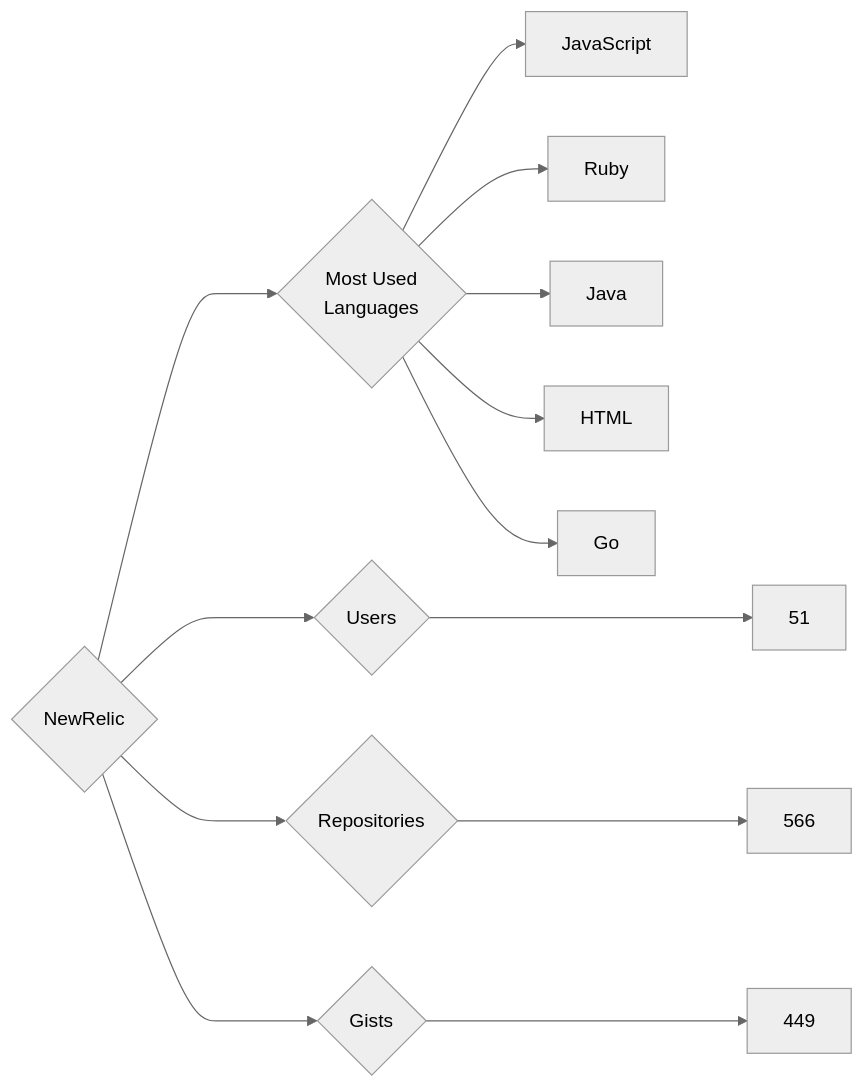
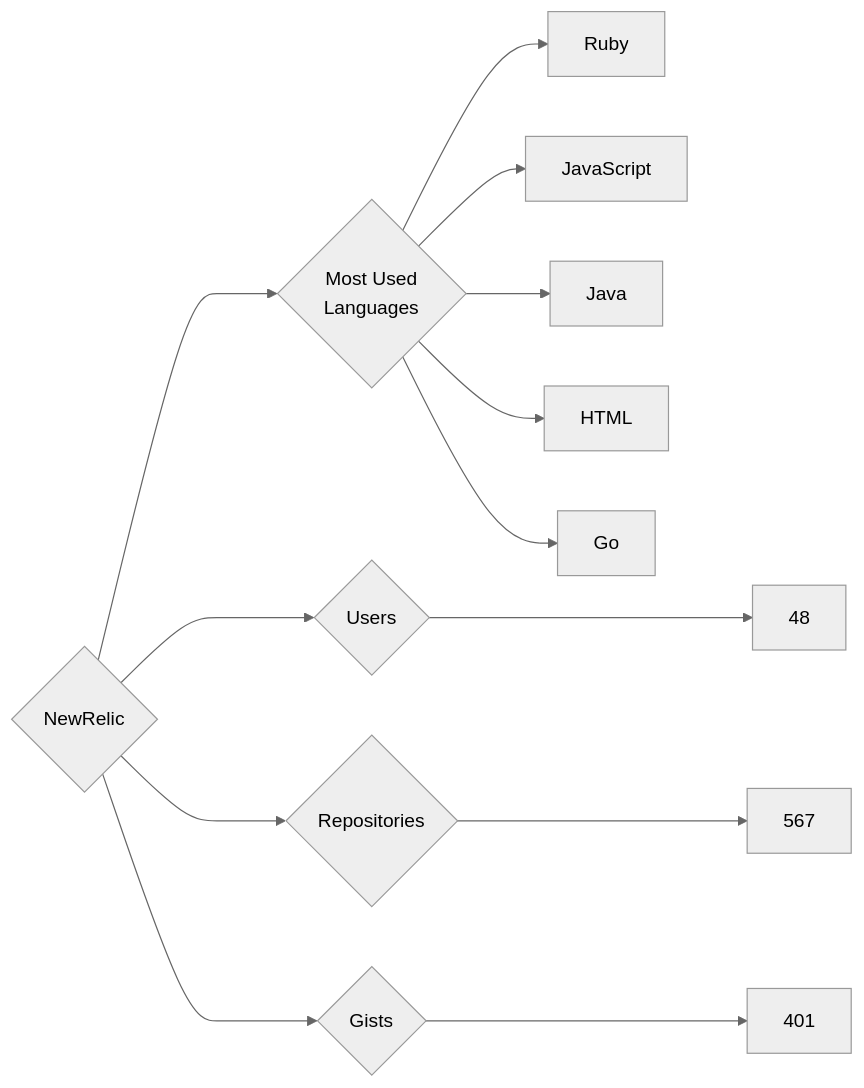
One commit to trickest/insiders changed the diagram in targets/NewRelic/README.md. Above: the diagram before and after it, drawn with Mermaid (neutral theme). The commit also changed 1484 other files, not shown here.

````diff
--- a/targets/NewRelic/README.md
+++ b/targets/NewRelic/README.md
@@ -3,13 +3,13 @@
 ```mermaid
 graph LR
 COMPANY_NAME{NewRelic}
-COMPANY_NAME ---> U{Users} ---> UN[51]
-COMPANY_NAME ---> R{Repositories} ---> RN[566]
-COMPANY_NAME ---> G{Gists} ---> GN[449]
+COMPANY_NAME ---> U{Users} ---> UN[48]
+COMPANY_NAME ---> R{Repositories} ---> RN[567]
+COMPANY_NAME ---> G{Gists} ---> GN[401]
 COMPANY_NAME ---> ML{Most Used<br>Languages}
+ML --> Ruby[Ruby]
 ML --> JavaScript[JavaScript]
-ML --> Ruby[Ruby]
 ML --> Java[Java]
 ML --> HTML[HTML]
 ML --> Go[Go]
 ```
````
